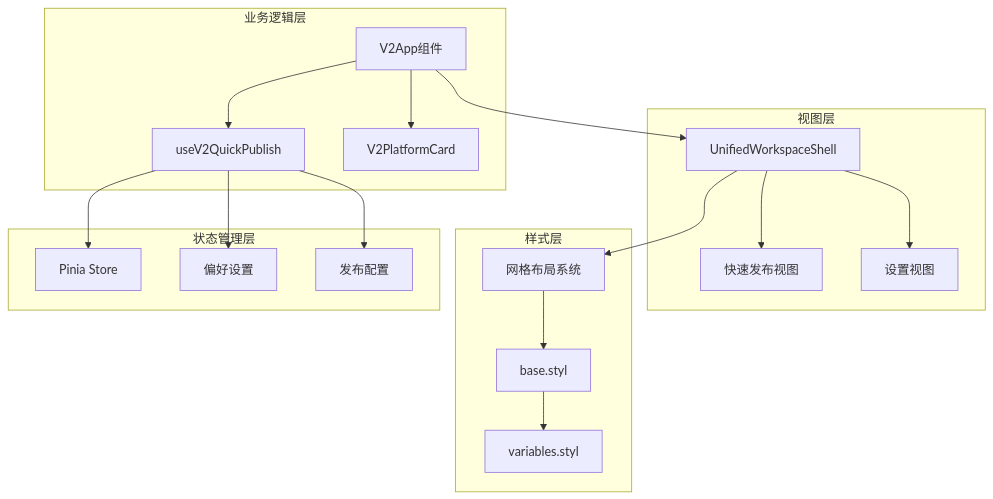
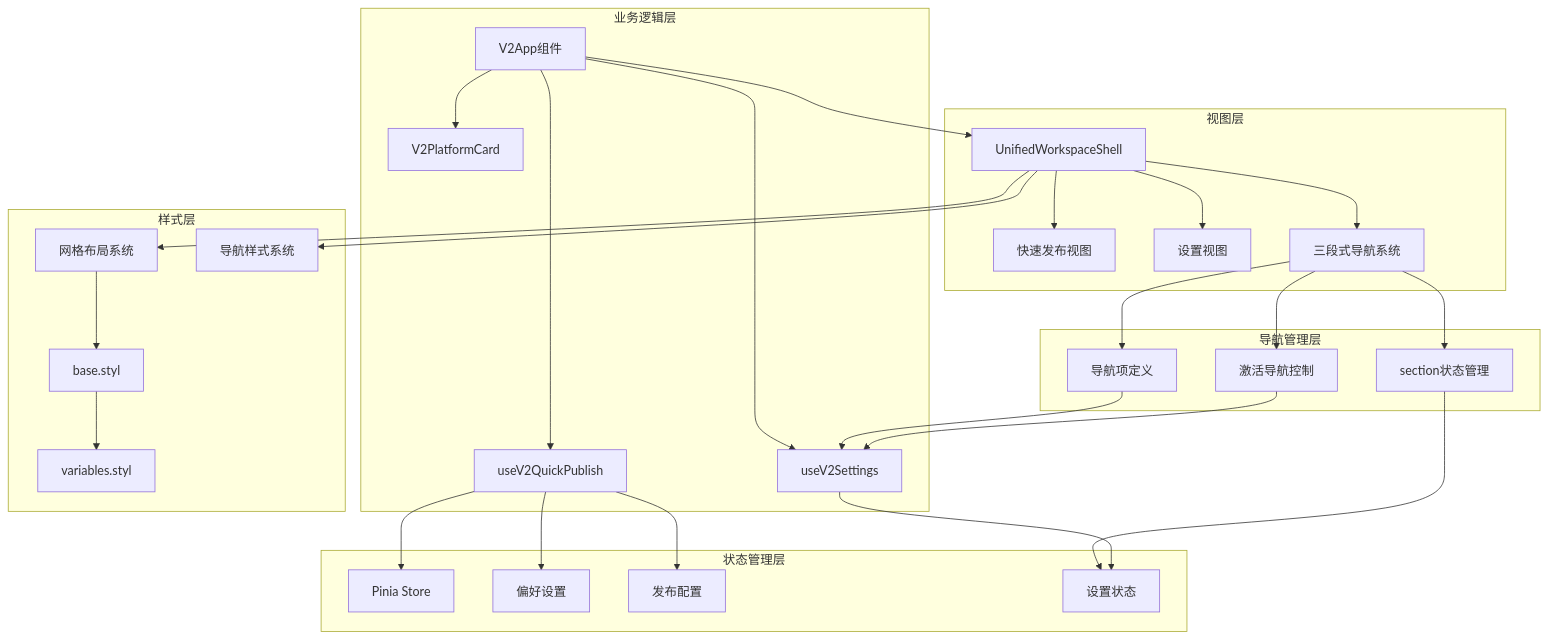
The second of 10 diagrams in .qoder/repowiki/zh/content/统一工作壳组件.md (terwer/siyuan-plugin-publisher), drawn with Mermaid before and after one commit. The commit also changed other lines of this file and 14 other files, not shown here.

````diff
--- a/.qoder/repowiki/zh/content/统一工作壳组件.md
+++ b/.qoder/repowiki/zh/content/统一工作壳组件.md
@@ -107,34 +140,53 @@
 ```mermaid
 graph TD
 subgraph "视图层"
 Shell[UnifiedWorkspaceShell]
 QuickShell[快速发布视图]
 SettingsShell[设置视图]
+Nav[三段式导航系统]
 end
 subgraph "业务逻辑层"
 V2App[V2App组件]
 QuickPublish[useV2QuickPublish]
+Settings[useV2Settings]
 PlatformCard[V2PlatformCard]
+end
+subgraph "导航管理层"
+SectionState[section状态管理]
+NavItems[导航项定义]
+ActiveNav[激活导航控制]
 end
 subgraph "样式层"
 BaseStyle[base.styl]
 Variables[variables.styl]
 GridLayout[网格布局系统]
+NavStyle[导航样式系统]
 end
 subgraph "状态管理层"
 Pinia[Pinia Store]
 Preference[偏好设置]
 PublishCfg[发布配置]
+SettingsState[设置状态]
 end
 Shell --> QuickShell
 Shell --> SettingsShell
+Shell --> Nav
 V2App --> Shell
 V2App --> QuickPublish
+V2App --> Settings
 V2App --> PlatformCard
 Shell --> GridLayout
+Shell --> NavStyle
+Nav --> SectionState
+Nav --> NavItems
+Nav --> ActiveNav
+SectionState --> SettingsState
+NavItems --> Settings
+ActiveNav --> Settings
 GridLayout --> BaseStyle
 BaseStyle --> Variables
 QuickPublish --> Pinia
 QuickPublish --> Preference
 QuickPublish --> PublishCfg
+Settings --> SettingsState
 ```
````
